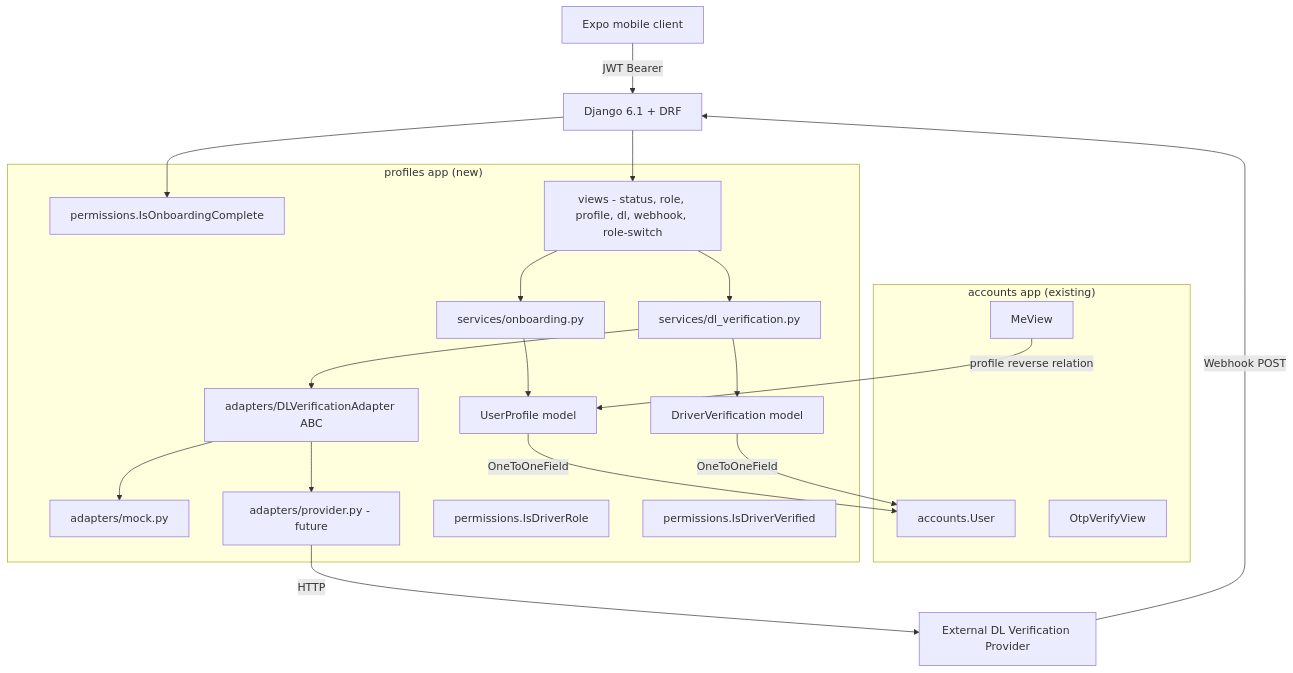
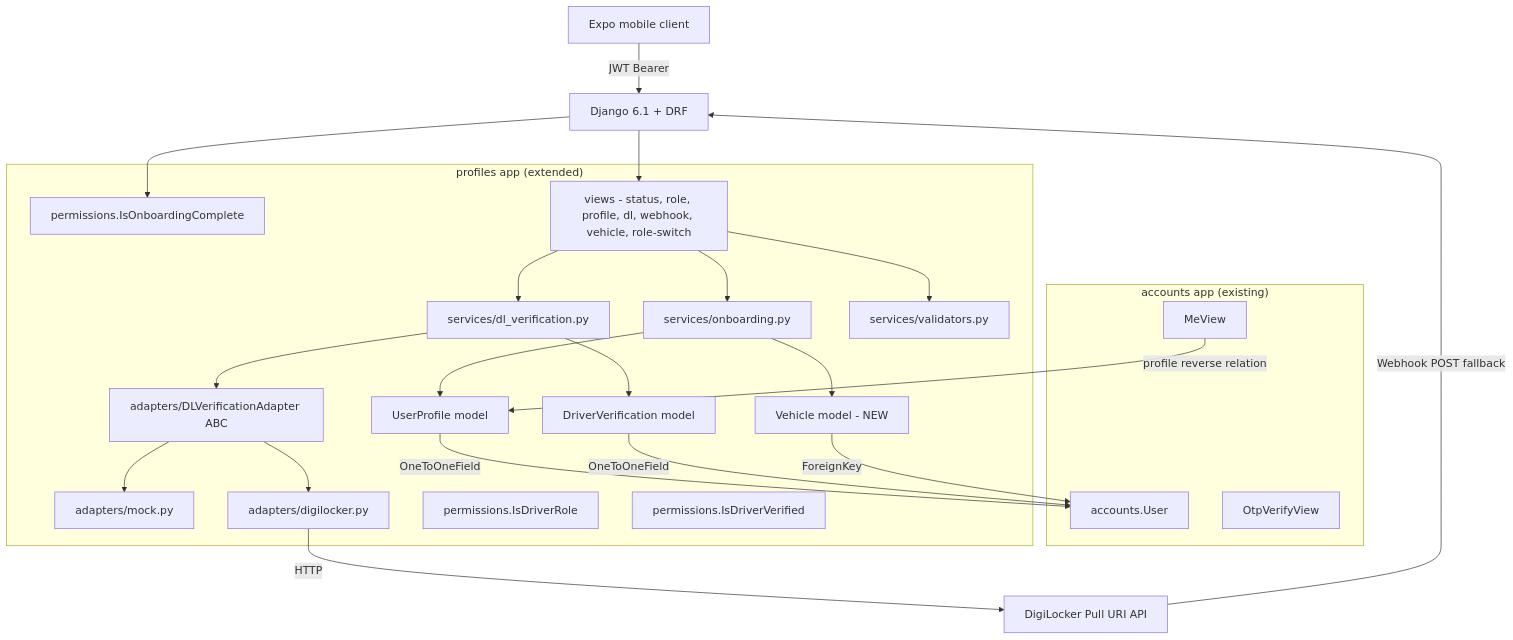
Before and after one commit to Spot-rides/Spot-rides: the diagram in docs/architecture/ARCH-002-user-onboarding.md, drawn with Mermaid. The commit also changed other lines of this file and 19 other files, not shown here.

````diff
--- a/docs/architecture/ARCH-002-user-onboarding.md
+++ b/docs/architecture/ARCH-002-user-onboarding.md
@@ -55,39 +70,44 @@
 ```mermaid
 graph TD
     Client[Expo mobile client] -->|JWT Bearer| DRF[Django 6.1 + DRF]
 
     subgraph "accounts app (existing)"
         User[accounts.User]
         OtpVerifyView
         MeView
     end
 
-    subgraph "profiles app (new)"
+    subgraph "profiles app (extended)"
         UP[UserProfile model]
         DV[DriverVerification model]
+        VH[Vehicle model - NEW]
         OnboardingService[services/onboarding.py]
         DLService[services/dl_verification.py]
+        Validators[services/validators.py]
         Adapter[adapters/DLVerificationAdapter ABC]
         MockAdapter[adapters/mock.py]
-        ProviderAdapter[adapters/provider.py - future]
+        DigiLockerAdapter[adapters/digilocker.py]
         IsOnboardingComplete[permissions.IsOnboardingComplete]
         IsDriverRole[permissions.IsDriverRole]
         IsDriverVerified[permissions.IsDriverVerified]
-        OnboardingViews[views - status, role, profile, dl, webhook, role-switch]
+        OnboardingViews[views - status, role, profile, dl, webhook, vehicle, role-switch]
     end
 
     DRF --> IsOnboardingComplete
     DRF --> OnboardingViews
     OnboardingViews --> OnboardingService
     OnboardingViews --> DLService
+    OnboardingViews --> Validators
     OnboardingService --> UP
+    OnboardingService --> VH
     DLService --> DV
     DLService --> Adapter
     Adapter --> MockAdapter
-    Adapter --> ProviderAdapter
-    ProviderAdapter -->|HTTP| DLProvider[External DL Verification Provider]
-    DLProvider -->|Webhook POST| DRF
+    Adapter --> DigiLockerAdapter
+    DigiLockerAdapter -->|HTTP| DigiLocker[DigiLocker Pull URI API]
+    DigiLocker -->|Webhook POST fallback| DRF
     UP -->|OneToOneField| User
     DV -->|OneToOneField| User
+    VH -->|ForeignKey| User
     MeView -->|profile reverse relation| UP
 ```
````
